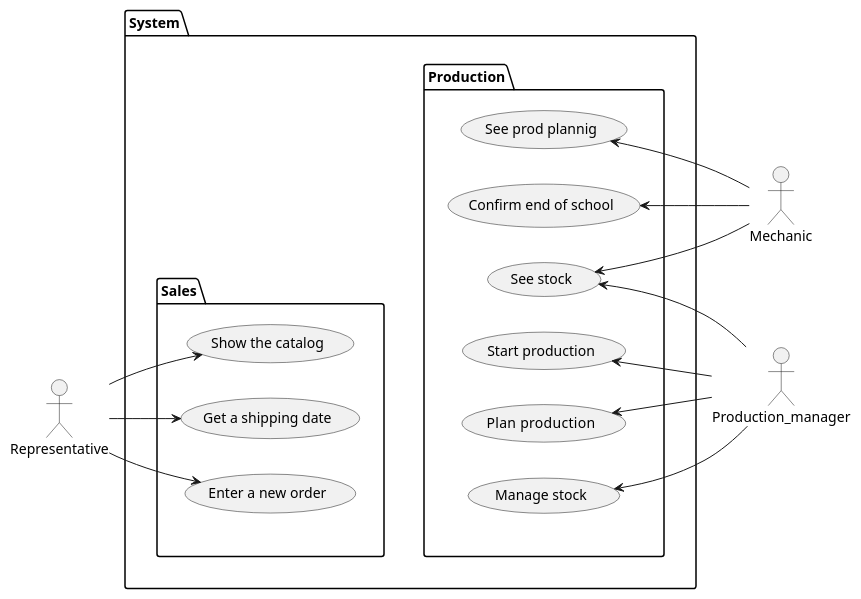
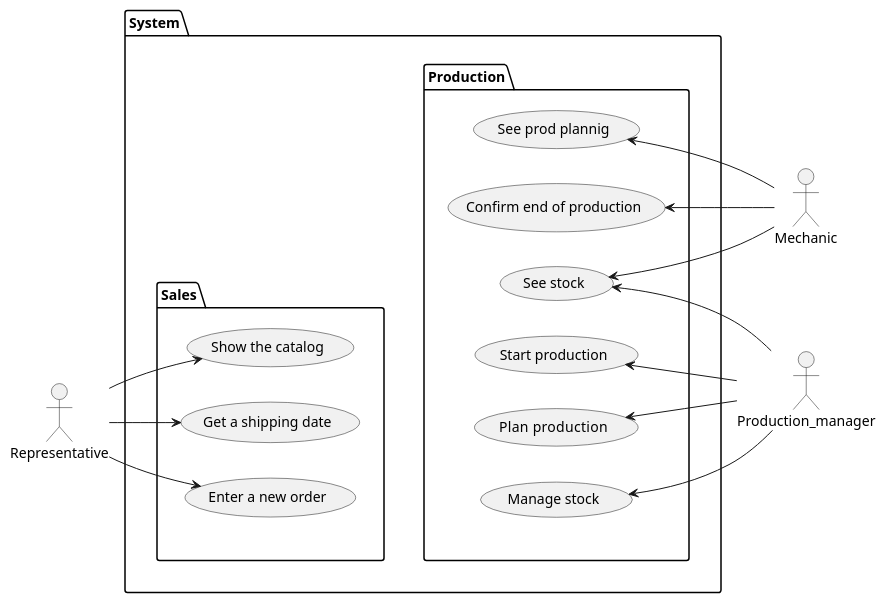
Before and after one commit to fred-corp/Bovelo_PG3L_ECAM: the diagram in diagrams/user-case/System Prototype.plantuml, drawn with PlantUML.

Commit message:
PP-3 fixed error

```diff
--- a/diagrams/user-case/System Prototype.plantuml
+++ b/diagrams/user-case/System Prototype.plantuml
@@ -1,40 +1,40 @@
 @startuml Prototype
 
 left to right direction
 
 :Representative:
 :Production_manager:
 :Mechanic:
 
 Package System{
 	left to right direction
 	Package Sales{
 		(Show the catalog) as (uc1)
 		(Get a shipping date) as (uc6)
 		(Enter a new order) as (uc5)
 	}
 
 	Package Production{
 		(See prod plannig) as (uc2)
 		(See stock) as (uc3)
-		(Confirm end of school) as (uc4)
+		(Confirm end of production) as (uc4)
 		(Start production) as (uc7)
 		(Plan  production) as (uc8)
 		(Manage stock) as (uc9)
 	}
 }
 
 uc3 <-- Production_manager
 uc7 <-- Production_manager
 uc8 <-- Production_manager
 uc9 <-- Production_manager
 uc2 <-- Mechanic 
 uc3 <-- Mechanic 
 uc4 <-- Mechanic 
 Representative --> uc1
 Representative --> uc5
 Representative --> uc6
 
 Sales -[hidden]-> Production
 
 @enduml
```
